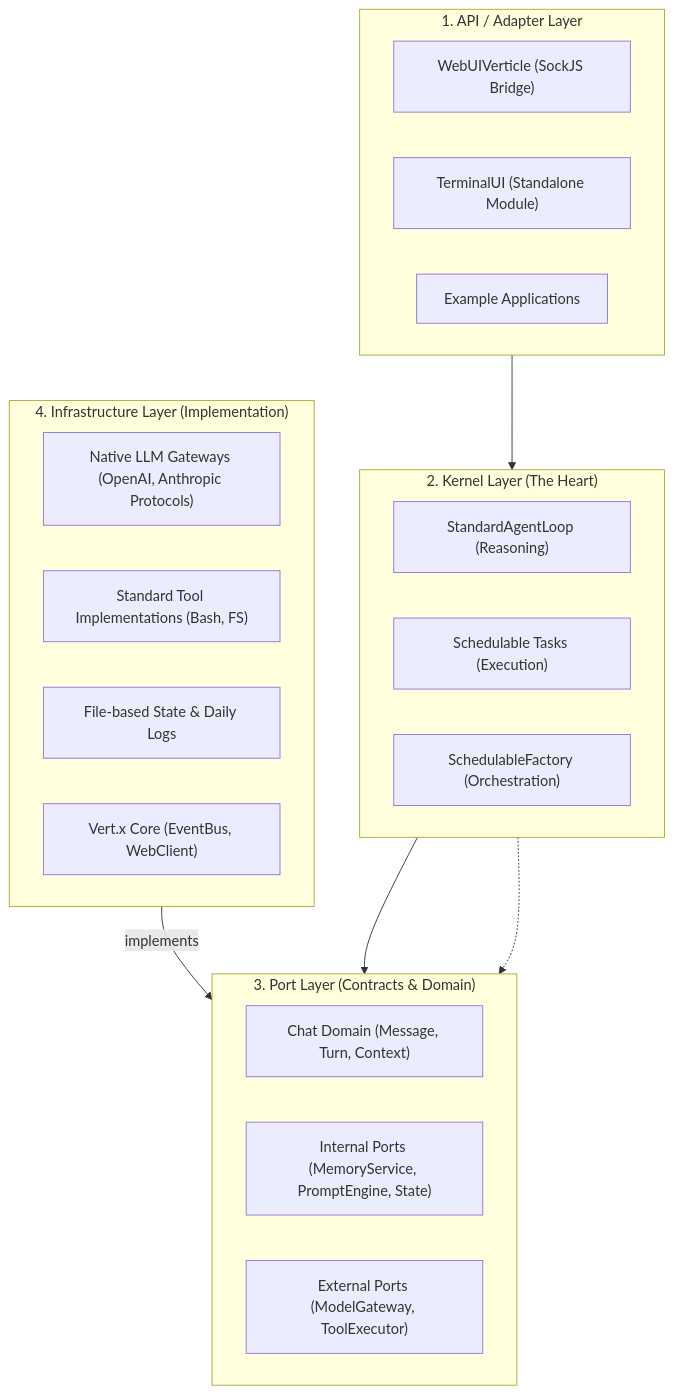
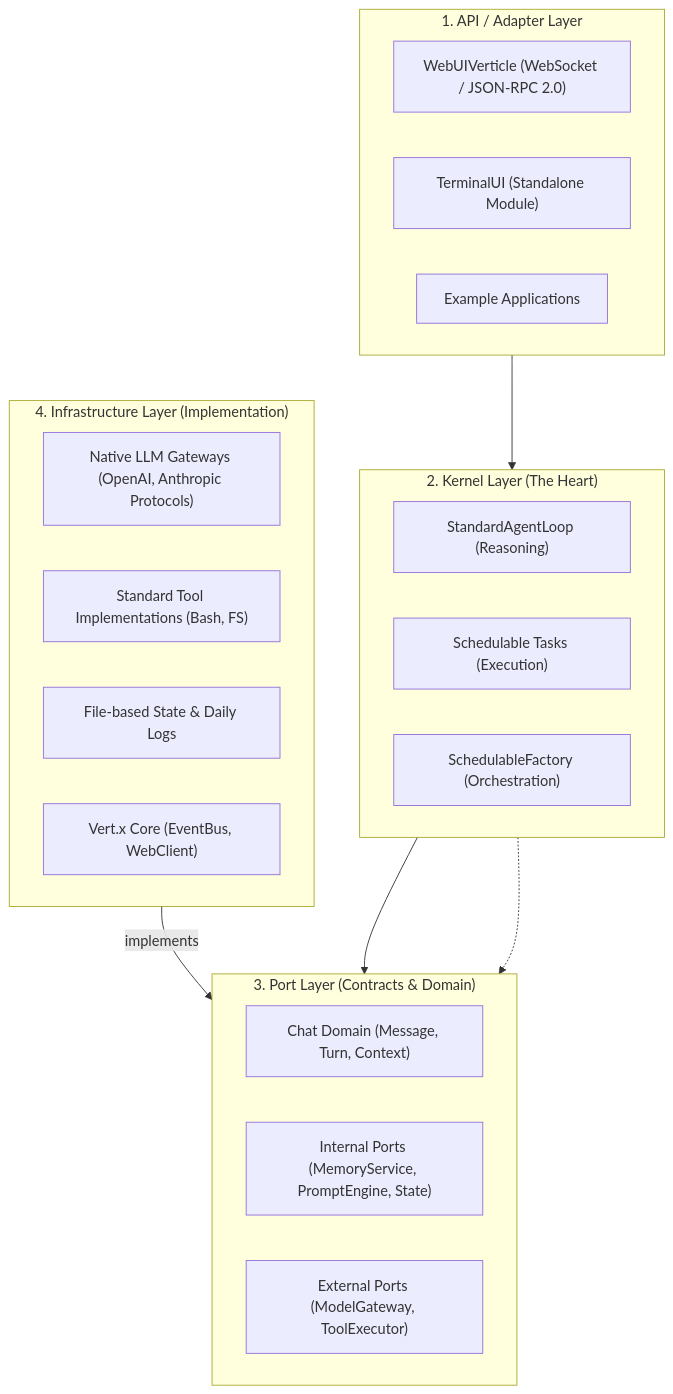
The diagram in docs/ARCHITECTURE.md (stream-iori/ganglia), drawn with Mermaid before and after one commit. The commit also changed other lines of this file and 22 other files, not shown here.

First line of the commit message:
feat(web): refactor to WebSockets/JSON-RPC 2.0 and add file monitoring

````diff
--- a/docs/ARCHITECTURE.md
+++ b/docs/ARCHITECTURE.md
@@ -36,32 +36,32 @@
 ```mermaid
 graph TD
     subgraph API ["1. API / Adapter Layer"]
-        WebUI["WebUIVerticle (SockJS Bridge)"]
+        WebUI["WebUIVerticle (WebSocket / JSON-RPC 2.0)"]
         TUI["TerminalUI (Standalone Module)"]
         Demos["Example Applications"]
     end
 
     subgraph Kernel ["2. Kernel Layer (The Heart)"]
         Loop["StandardAgentLoop (Reasoning)"]
         Task["Schedulable Tasks (Execution)"]
         SchedFactory["SchedulableFactory (Orchestration)"]
     end
 
     subgraph Port ["3. Port Layer (Contracts & Domain)"]
         Chat["Chat Domain (Message, Turn, Context)"]
         IntPorts["Internal Ports (MemoryService, PromptEngine, State)"]
         ExtPorts["External Ports (ModelGateway, ToolExecutor)"]
     end
 
     subgraph Infra ["4. Infrastructure Layer (Implementation)"]
         Gateways["Native LLM Gateways (OpenAI, Anthropic Protocols)"]
         Tools["Standard Tool Implementations (Bash, FS)"]
         Storage["File-based State & Daily Logs"]
         Vertx["Vert.x Core (EventBus, WebClient)"]
     end
 
     API --> Kernel
     Kernel --> Port
     Infra -- implements --> Port
     Kernel -.-> Port
 ```
````
